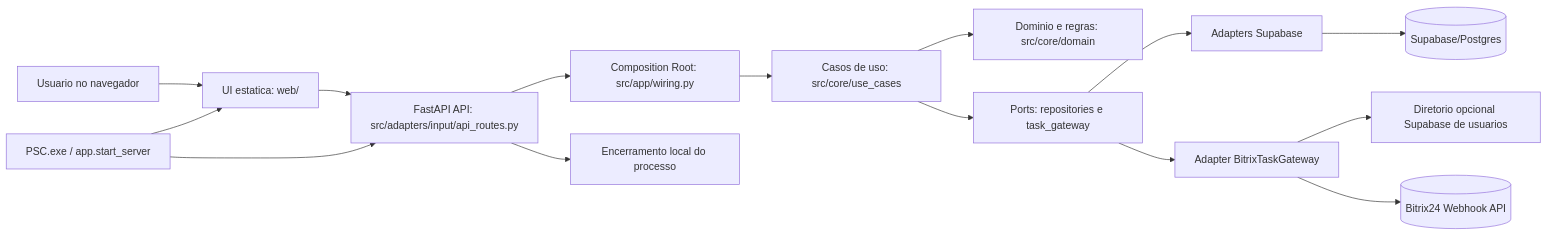
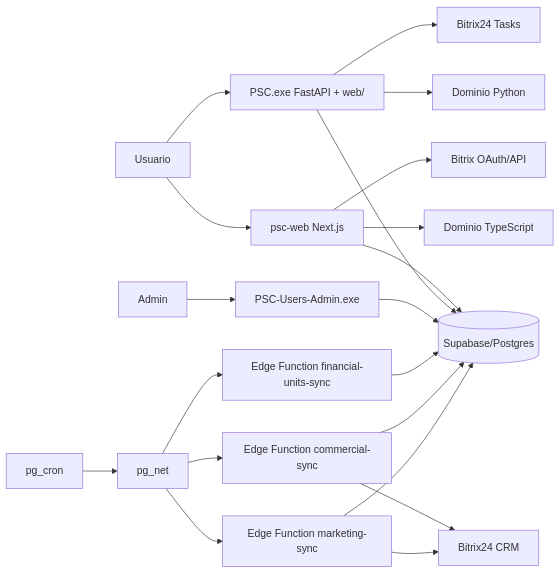
The first of 4 diagrams in docs/ai-context/SERVICE-DIAGRAM.md (jpao08/PSC), drawn with Mermaid before and after one commit. The commit also changed other lines of this file and 56 other files, not shown here.

````diff
--- a/docs/ai-context/SERVICE-DIAGRAM.md
+++ b/docs/ai-context/SERVICE-DIAGRAM.md
@@ -8,17 +7,28 @@
 ```mermaid
 flowchart LR
-  Usuario[Usuario no navegador] --> UI[UI estatica: web/]
-  UI --> API[FastAPI API: src/adapters/input/api_routes.py]
-  API --> Container[Composition Root: src/app/wiring.py]
-  Container --> UseCases[Casos de uso: src/core/use_cases]
-  UseCases --> Domain[Dominio e regras: src/core/domain]
-  UseCases --> Ports[Ports: repositories e task_gateway]
-  Ports --> SupaRepo[Adapters Supabase]
-  Ports --> BitrixGateway[Adapter BitrixTaskGateway]
-  SupaRepo --> Supabase[(Supabase/Postgres)]
-  BitrixGateway --> UserDirectory[Diretorio opcional Supabase de usuarios]
-  BitrixGateway --> Bitrix[(Bitrix24 Webhook API)]
-  API --> Shutdown[Encerramento local do processo]
-  Launcher[PSC.exe / app.start_server] --> API
-  Launcher --> UI
+  User[Usuario] --> Web[psc-web Next.js]
+  User --> Local[PSC.exe FastAPI + web/]
+  Admin[Admin] --> AdminLocal[PSC-Users-Admin.exe]
+
+  Web --> DomainTS[Dominio TypeScript]
+  Web --> Supabase[(Supabase/Postgres)]
+  Web --> BitrixAuth[Bitrix OAuth/API]
+
+  Local --> DomainPY[Dominio Python]
+  Local --> Supabase
+  Local --> BitrixTasks[Bitrix24 Tasks]
+
+  AdminLocal --> Supabase
+
+  Cron[pg_cron] --> PgNet[pg_net]
+  PgNet --> CommercialFn[Edge Function commercial-sync]
+  PgNet --> MarketingFn[Edge Function marketing-sync]
+  PgNet --> FinancialFn[Edge Function financial-units-sync]
+
+  CommercialFn --> BitrixCRM[Bitrix24 CRM]
+  MarketingFn --> BitrixCRM
+  FinancialFn --> Supabase
+
+  CommercialFn --> Supabase
+  MarketingFn --> Supabase
 ```
````
